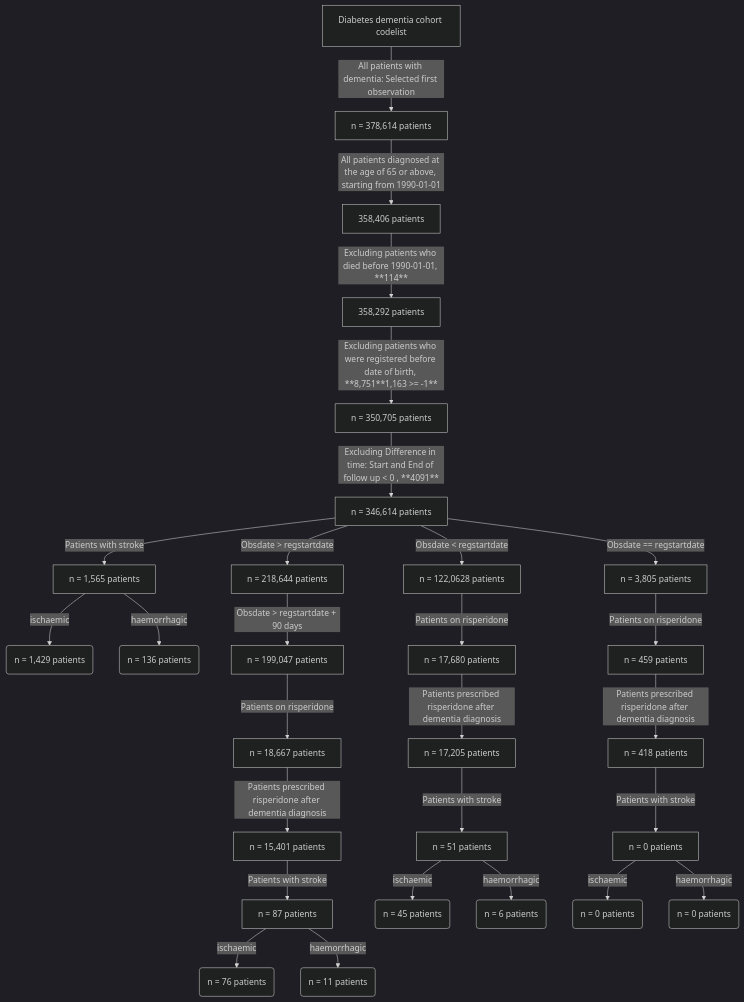
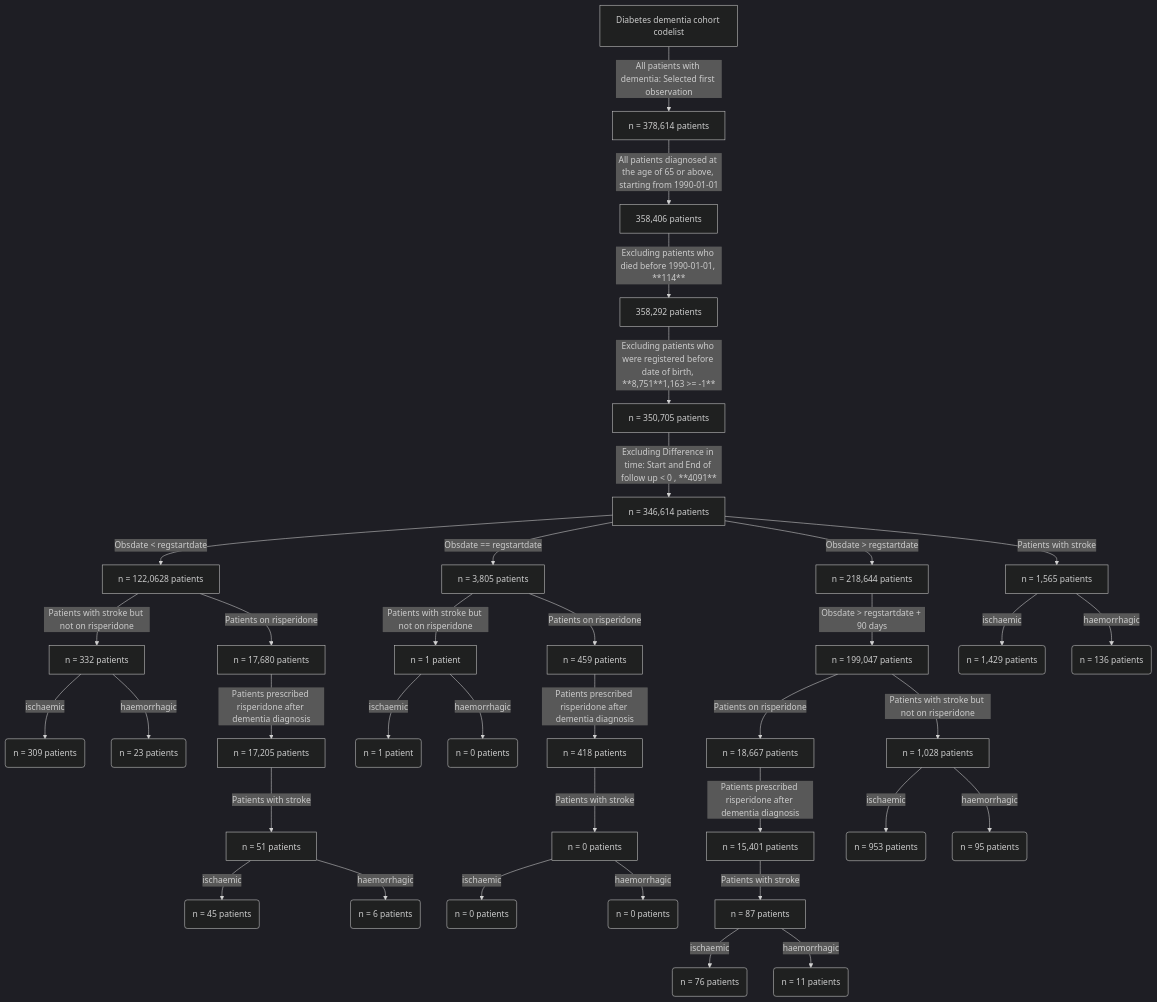
One commit to Exeter-Diabetes/Dementia changed the diagram in iPRIME/README.md. Above: the diagram before and after it, drawn with Mermaid (dark theme).

````diff
--- a/iPRIME/README.md
+++ b/iPRIME/README.md
@@ -13,42 +13,52 @@
 ```mermaid
 flowchart TD
     A[Diabetes dementia cohort codelist ] -->|All patients with dementia: Selected first observation| B(n = 378,614 patients)
     B[n = 378,614 patients ] -->| All patients diagnosed at the age of 65 or above, starting from 1990-01-01  | C(n = 358,406 patients)
     C[358,406 patients ] -->| Excluding patients who died before 1990-01-01, **114**   | D(n = 358,292 patients)
     D[358,292 patients ] -->| Excluding patients who were registered before date of birth, **8,751**1,163 >= -1**    | F(n = 350,705 patients)
     F[n = 350,705 patients ] -->| Excluding Difference in time: Start and End of follow up < 0 , **4091**  | K(n = 346,614 patients)
     K[n = 346,614 patients ] -->| Obsdate < regstartdate  | G(n = 122,0628 patients)
     K[n = 346,614 patients ] -->| Obsdate == regstartdate  | H(n = 3,805 patients)
     K[n = 346,614 patients ] -->| Obsdate > regstartdate  | I(n = 218,644 patients)
     K[n = 346,614 patients ] -->| Patients with stroke  | IZ(n = 218,644 patients)
     IZ[n = 1,565 patients ] -->| ischaemic  | IK(n = 1,429 patients)
     IZ[n = 1,565 patients ] -->| haemorrhagic   | IJ(n = 136 patients)
     I[n = 218,644  patients ] -->| Obsdate > regstartdate + 90 days  | J(n = 199,047 patients)
     J[n = 199,047  patients ] -->| Patients on risperidone  | N(n = 18,667 patients)
+    J[n = 199,047  patients ] -->| Patients with stroke but not on risperidone  | NK(n = 1,028 patients)
+    NK[n = 1,028  patients ] -->| ischaemic   | RK(n = 953  patients)
+    NK[n = 1,028  patients ] -->| haemorrhagic      | TK(n = 95 patients)
     N[n = 18,667  patients ] -->| Patients prescribed risperidone after dementia diagnosis  | P(n = 15,401 patients)
     P[n = 15,401  patients ] -->| Patients with stroke  | Q(n = 87 patients)
     Q[n = 87  patients ] -->| ischaemic   | R(n = 76 patients)
     Q[n = 87  patients ] -->| haemorrhagic      | T(n = 11 patients)
 
-
+    G[n = 122,0628  patients ] -->| Patients with stroke but not on risperidone  | NS(n = 332 patients)
+    NS[n = 332  patients ] -->| ischaemic   | RS(n = 309  patients)
+    NS[n = 332  patients ] -->| haemorrhagic      | TS(n = 23 patients)
     
+    H[n = 3,805  patients ] -->| Patients with stroke but not on risperidone  | NP(n = 1 patient)
+    NP[n = 1  patient ] -->| ischaemic   | RP(n = 1  patient)
+    NP[n = 1  patient ] -->| haemorrhagic      | TP(n = 0 patients)
 
     G[n = 122,0628 patients ] -->| Patients on risperidone  | X(n = 17,680 patients)
     X[n = 17,680  patients ] -->| Patients prescribed risperidone after dementia diagnosis  | Z(n = 17,205 patients)
     Z[n = 17,205  patients ] -->| Patients with stroke  | Y(n = 51 patients)
     Y[n = 51  patients ] -->| ischaemic   | U(n = 45 patients)
     Y[n = 51  patients ] -->| haemorrhagic      | V(n = 6 patients)
 
 
 
     H[ n = 3,805 patients ] -->| Patients on risperidone  | XV(n = 459 patients)
     XV[n = 459 patients ] -->| Patients prescribed risperidone after dementia diagnosis  | ZV(n = 418 patients)
     ZV[n = 418 patients ] -->| Patients with stroke  | YV(n = 0 patients)
     YV[n = 0 patients ] -->| ischaemic   | UV(n = 0 patients)
     YV[n = 0 patients ] -->| haemorrhagic      | VV(n = 0 patients)
 
 
 
 
 
+
+
 ```
````
